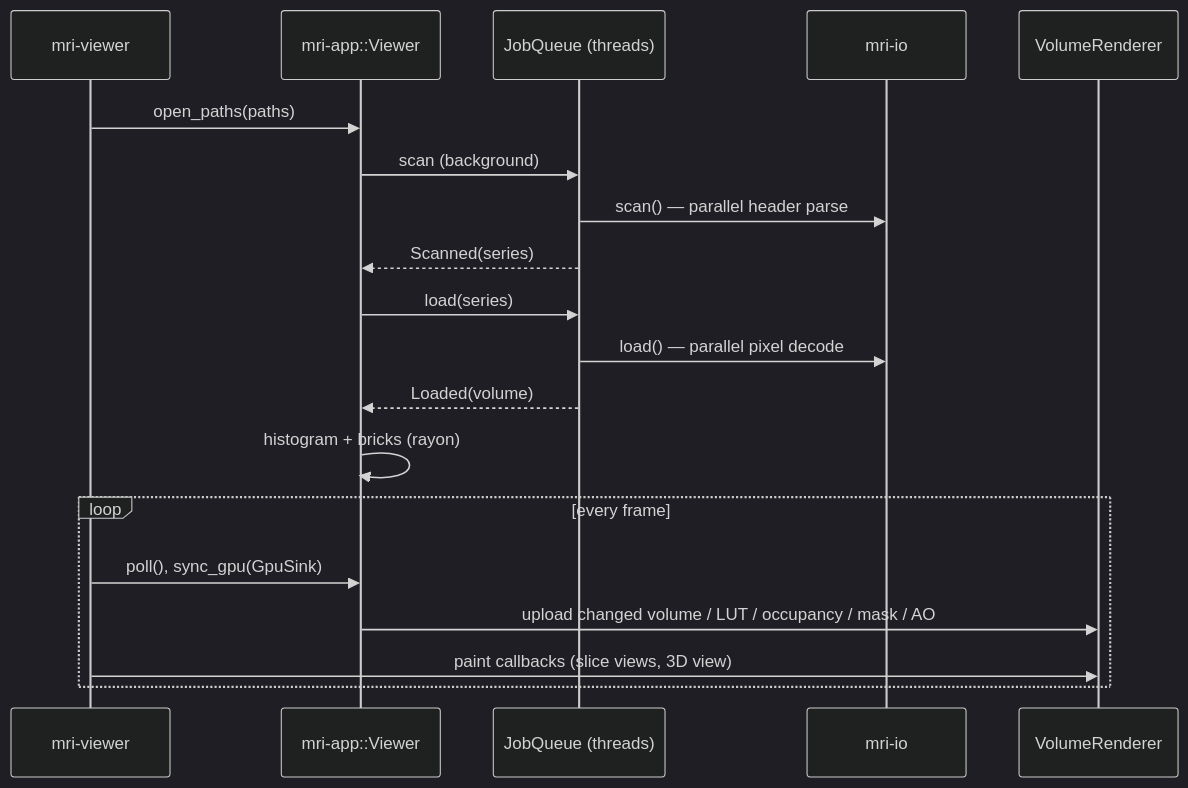
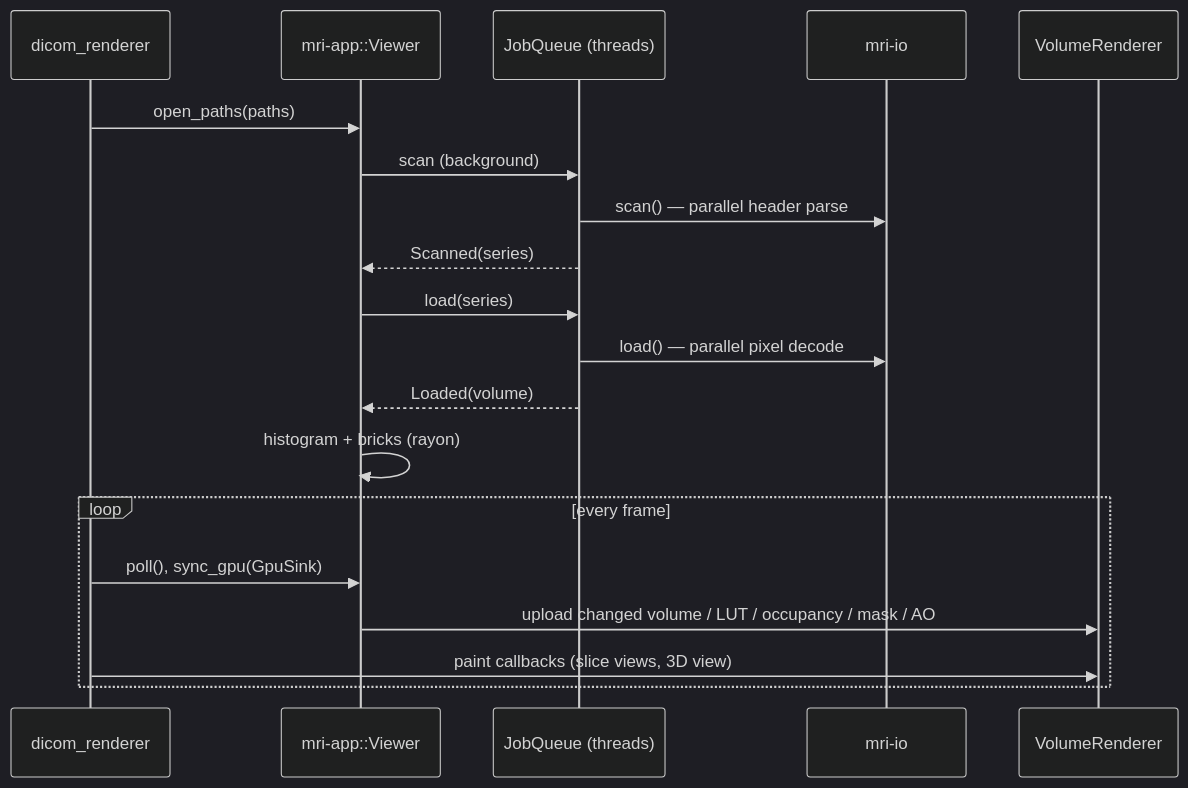
One commit to Kauter1989/ferrum changed the second of 2 diagrams in docs/architecture.md. Above: the diagram before and after it, drawn with Mermaid (dark theme). The commit also changed other lines of this file and 26 other files, not shown here.

First line of the commit message:
refactor: rename the application to dicom_renderer, simplify launch

````diff
--- a/docs/architecture.md
+++ b/docs/architecture.md
@@ -43,22 +43,22 @@
 ```mermaid
 sequenceDiagram
-    participant UI as mri-viewer
+    participant UI as dicom_renderer
     participant App as mri-app::Viewer
     participant Jobs as JobQueue (threads)
     participant Repo as mri-io
     participant GPU as VolumeRenderer
 
     UI->>App: open_paths(paths)
     App->>Jobs: scan (background)
     Jobs->>Repo: scan() — parallel header parse
     Jobs-->>App: Scanned(series)
     App->>Jobs: load(series)
     Jobs->>Repo: load() — parallel pixel decode
     Jobs-->>App: Loaded(volume)
     App->>App: histogram + bricks (rayon)
     loop every frame
         UI->>App: poll(), sync_gpu(GpuSink)
         App->>GPU: upload changed volume / LUT / occupancy / mask / AO
         UI->>GPU: paint callbacks (slice views, 3D view)
     end
 ```
````
